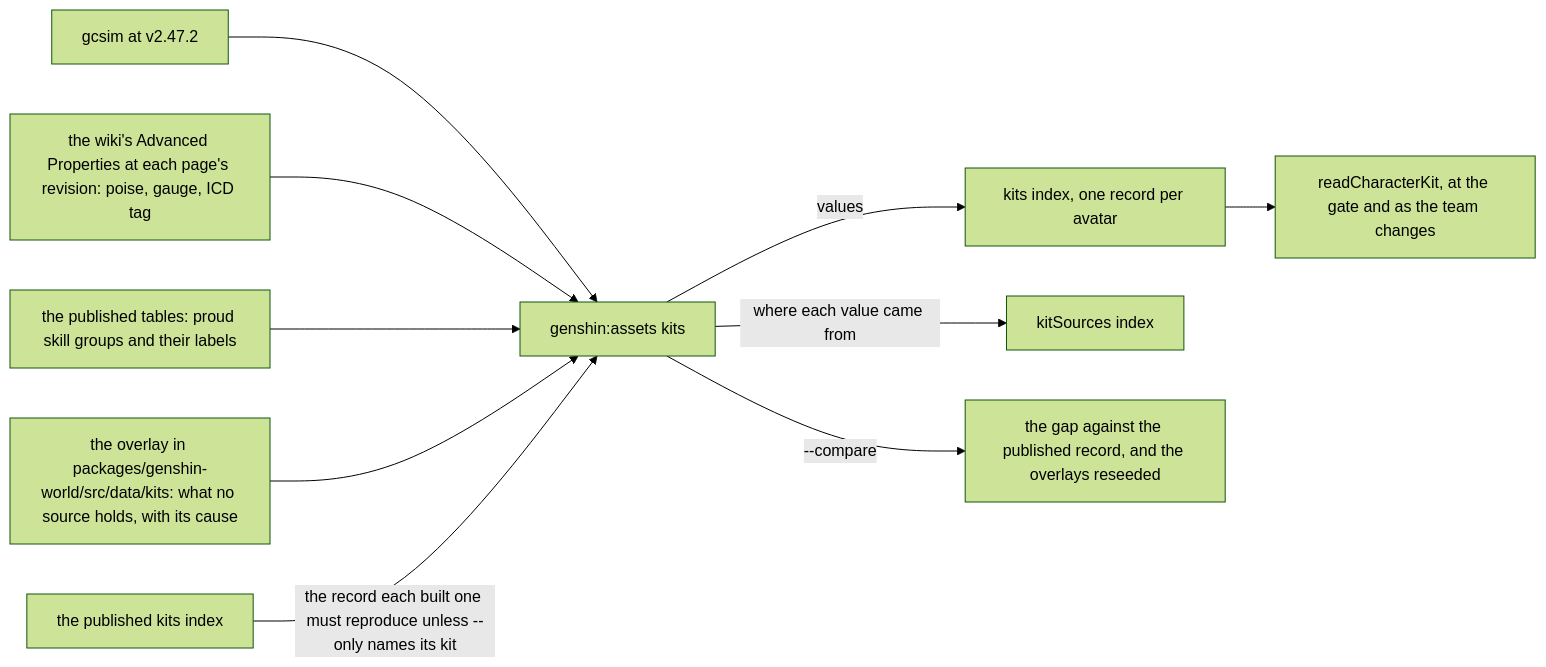
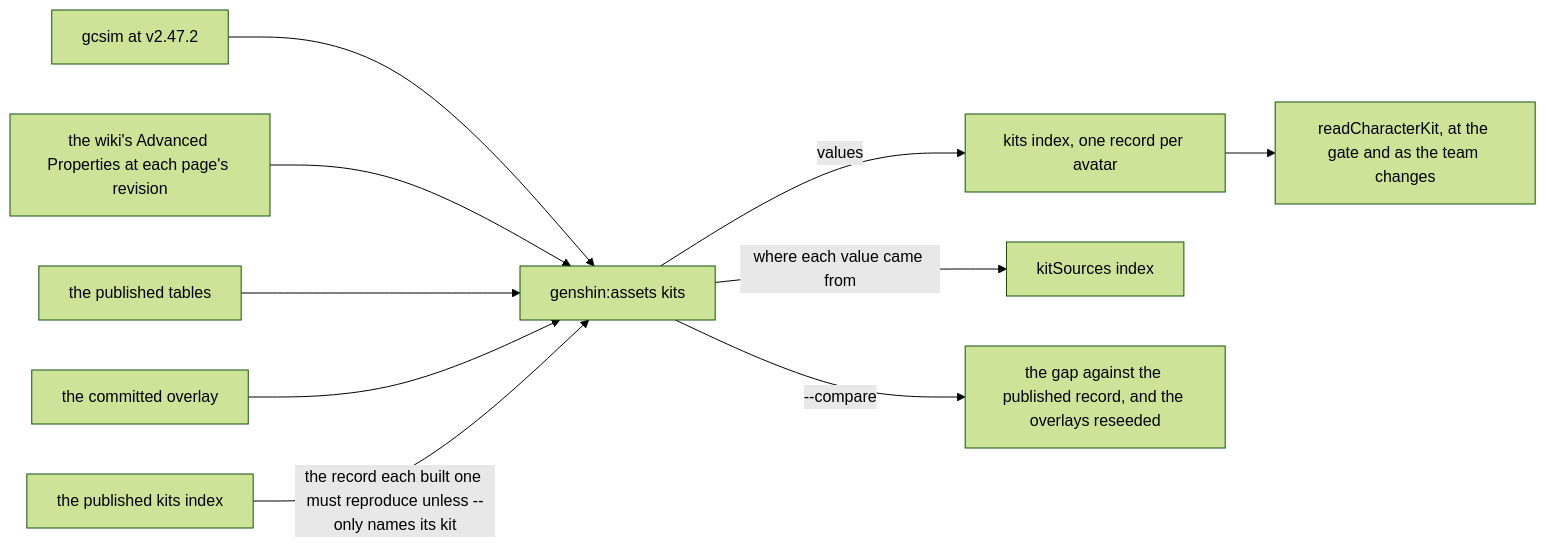
One commit to Esposter/Esposter changed the third of 4 diagrams in openspec/specs/genshin/kits/README.md. Above: the diagram before and after it, drawn with Mermaid (forest theme). The commit also changed other lines of this file and 15 other files, not shown here.

````diff
--- a/openspec/specs/genshin/kits/README.md
+++ b/openspec/specs/genshin/kits/README.md
@@ -218,12 +210,12 @@
 ```mermaid
 flowchart LR
   GC["gcsim at v2.47.2"] --> B["genshin:assets kits"]
-  WK["the wiki's Advanced Properties at each page's revision: poise, gauge, ICD tag"] --> B
-  TB["the published tables: proud skill groups and their labels"] --> B
-  OV["the overlay in packages/genshin-world/src/data/kits: what no source holds, with its cause"] --> B
+  WK["the wiki's Advanced Properties at each page's revision"] --> B
+  TB["the published tables"] --> B
+  OV["the committed overlay"] --> B
   PB["the published kits index"] -->|"the record each built one must reproduce unless --only names its kit"| B
   B -->|"values"| K["kits index, one record per avatar"]
   B -->|"where each value came from"| S["kitSources index"]
   B -->|"--compare"| R["the gap against the published record, and the overlays reseeded"]
   K --> READ["readCharacterKit, at the gate and as the team changes"]
 ```
````
